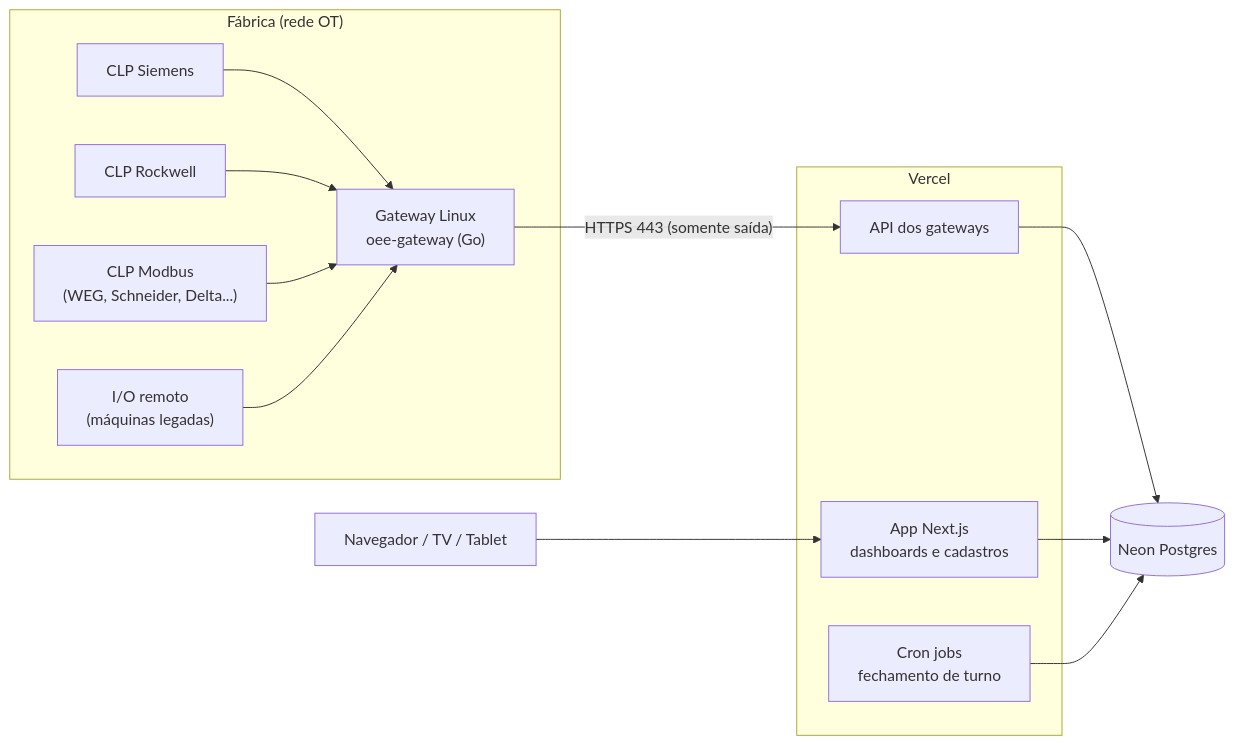
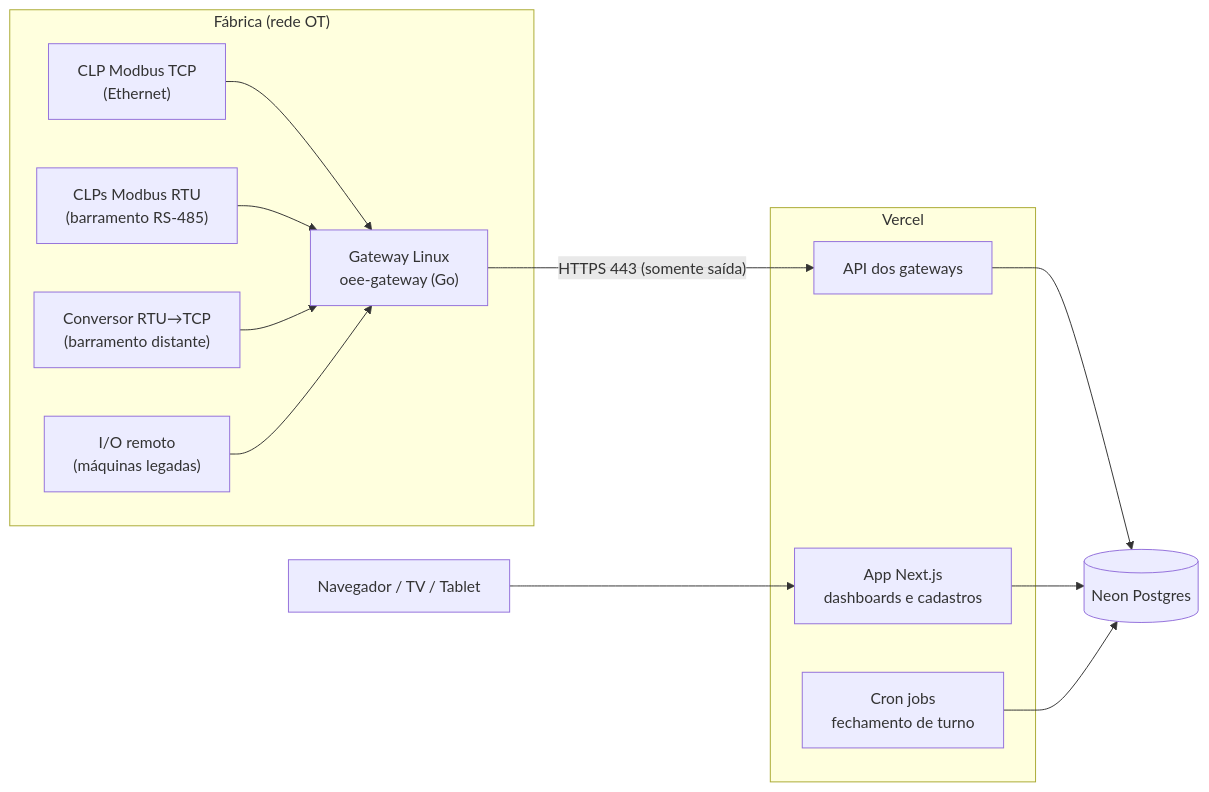
One commit to EngemaseAutomacao/Engemase-OEE changed the diagram in README.md. Above: the diagram before and after it, drawn with Mermaid. The commit also changed other lines of this file and 7 other files, not shown here.

First line of the commit message:
docs: hardware do gateway e integração Modbus TCP/RTU

````diff
--- a/README.md
+++ b/README.md
@@ -11,20 +11,20 @@
 ```mermaid
 flowchart LR
   subgraph FAB["Fábrica (rede OT)"]
-    CLP1["CLP Siemens"] --> GW
-    CLP2["CLP Rockwell"] --> GW
-    CLP3["CLP Modbus<br/>(WEG, Schneider, Delta...)"] --> GW
+    CLP1["CLP Modbus TCP<br/>(Ethernet)"] --> GW
+    CLP2["CLPs Modbus RTU<br/>(barramento RS-485)"] --> GW
+    CLP3["Conversor RTU→TCP<br/>(barramento distante)"] --> GW
     IO["I/O remoto<br/>(máquinas legadas)"] --> GW
     GW["Gateway Linux<br/>oee-gateway (Go)"]
   end
   GW -->|"HTTPS 443 (somente saída)"| API
   subgraph VERCEL["Vercel"]
     API["API dos gateways"]
     WEB["App Next.js<br/>dashboards e cadastros"]
     CRON["Cron jobs<br/>fechamento de turno"]
   end
   API --> DB[("Neon Postgres")]
   WEB --> DB
   CRON --> DB
   USERS["Navegador / TV / Tablet"] --> WEB
 ```
````
